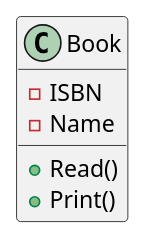
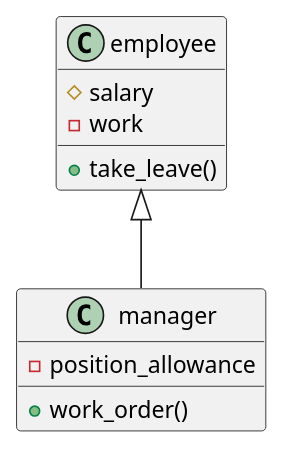
Before and after one commit to 03376836-OOP-2564/OOP-2564-Week-05: diagram 14 of 16 in 63030020/Assigment-Week-05.md, drawn with PlantUML. The commit also changed other lines of this file, not shown here.

````diff
--- a/63030020/Assigment-Week-05.md
+++ b/63030020/Assigment-Week-05.md
@@ -230,14 +324,14 @@
 ``` puml
-@startuml 
-
-class Book{
-    - ISBN 
-    - Name
-    + Read()
-    + Print()
+@startuml
+class employee {
+    # salary
+    - work
+    + take_leave()
 }
- 
-' Todo: ทำให้สมบูรณ์
-
-@enduml 
+class manager {
+    - position_allowance
+    + work_order()
+}
+employee <|-- manager
+@enduml
 ```
````
